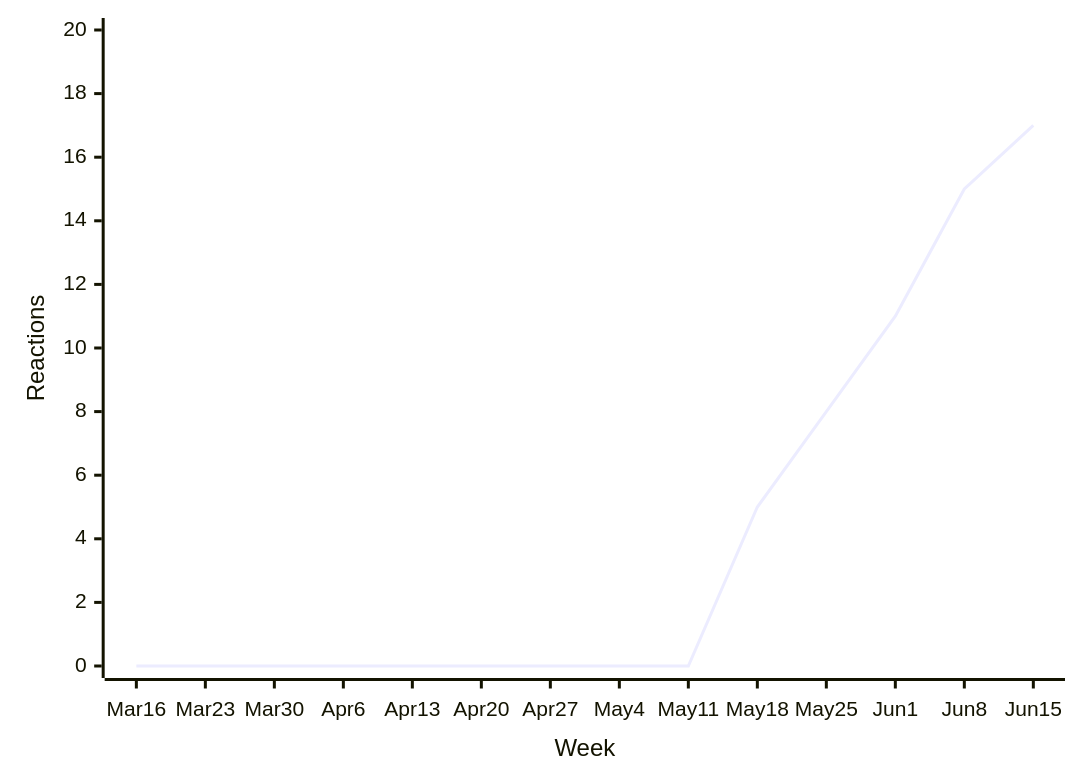
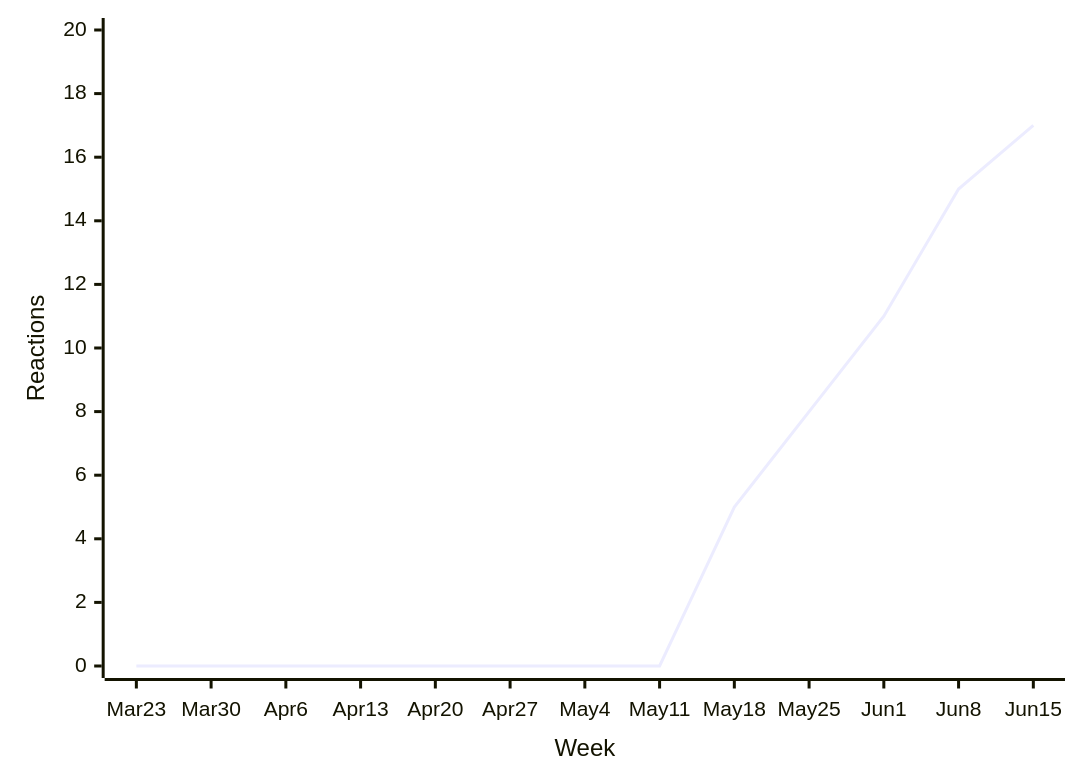
The ninth of 49 diagrams in README.md (loic-sharma/github-insights), drawn with Mermaid before and after one commit. The commit also changed other lines of this file and 3 other files, not shown here.

````diff
--- a/README.md
+++ b/README.md
@@ -475,6 +475,6 @@
   ```mermaid
   xychart-beta
-    x-axis "Week" [Mar 16, Mar 23, Mar 30, Apr 6, Apr 13, Apr 20, Apr 27, May 4, May 11, May 18, May 25, Jun 1, Jun 8, Jun 15]
+    x-axis "Week" [Mar 23, Mar 30, Apr 6, Apr 13, Apr 20, Apr 27, May 4, May 11, May 18, May 25, Jun 1, Jun 8, Jun 15]
     y-axis "Reactions" 0 --> 20
-    line [0, 0, 0, 0, 0, 0, 0, 0, 0, 5, 8, 11, 15, 17]
+    line [0, 0, 0, 0, 0, 0, 0, 0, 5, 8, 11, 15, 17]
   ```
````
